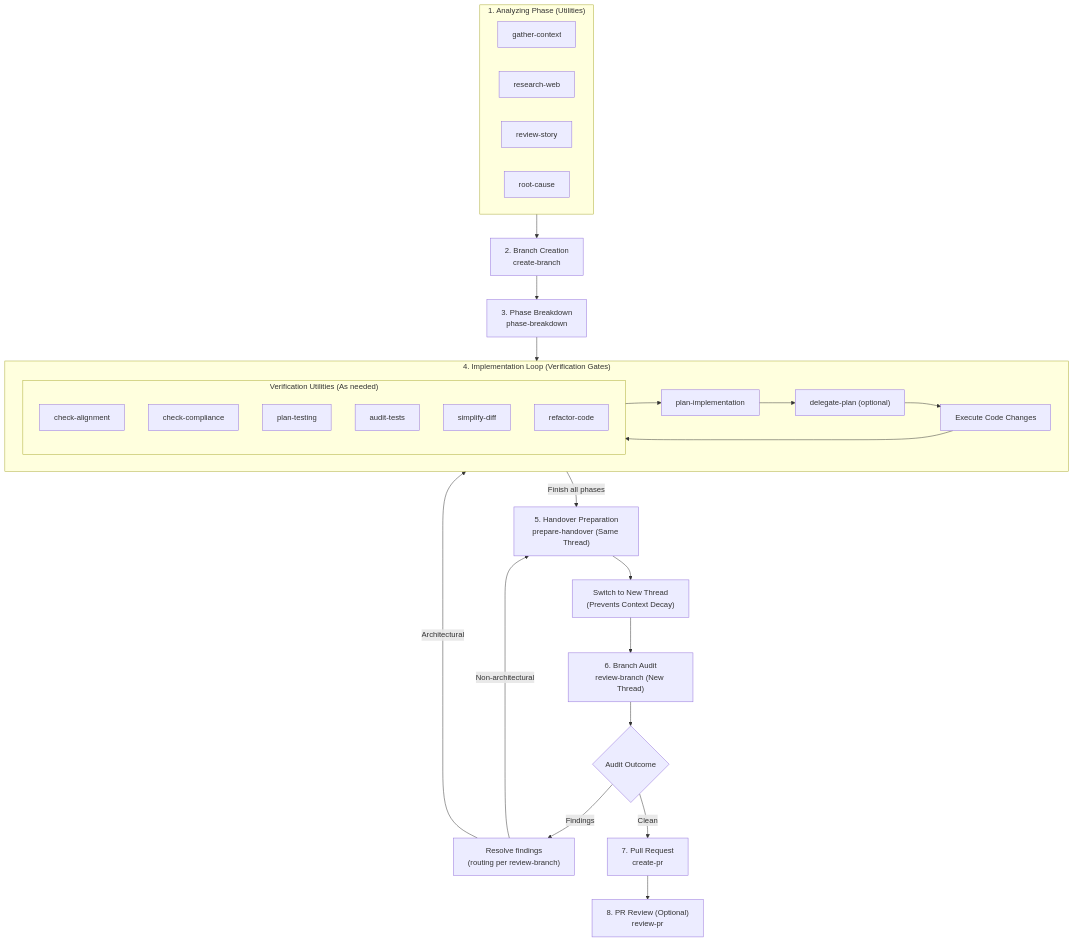
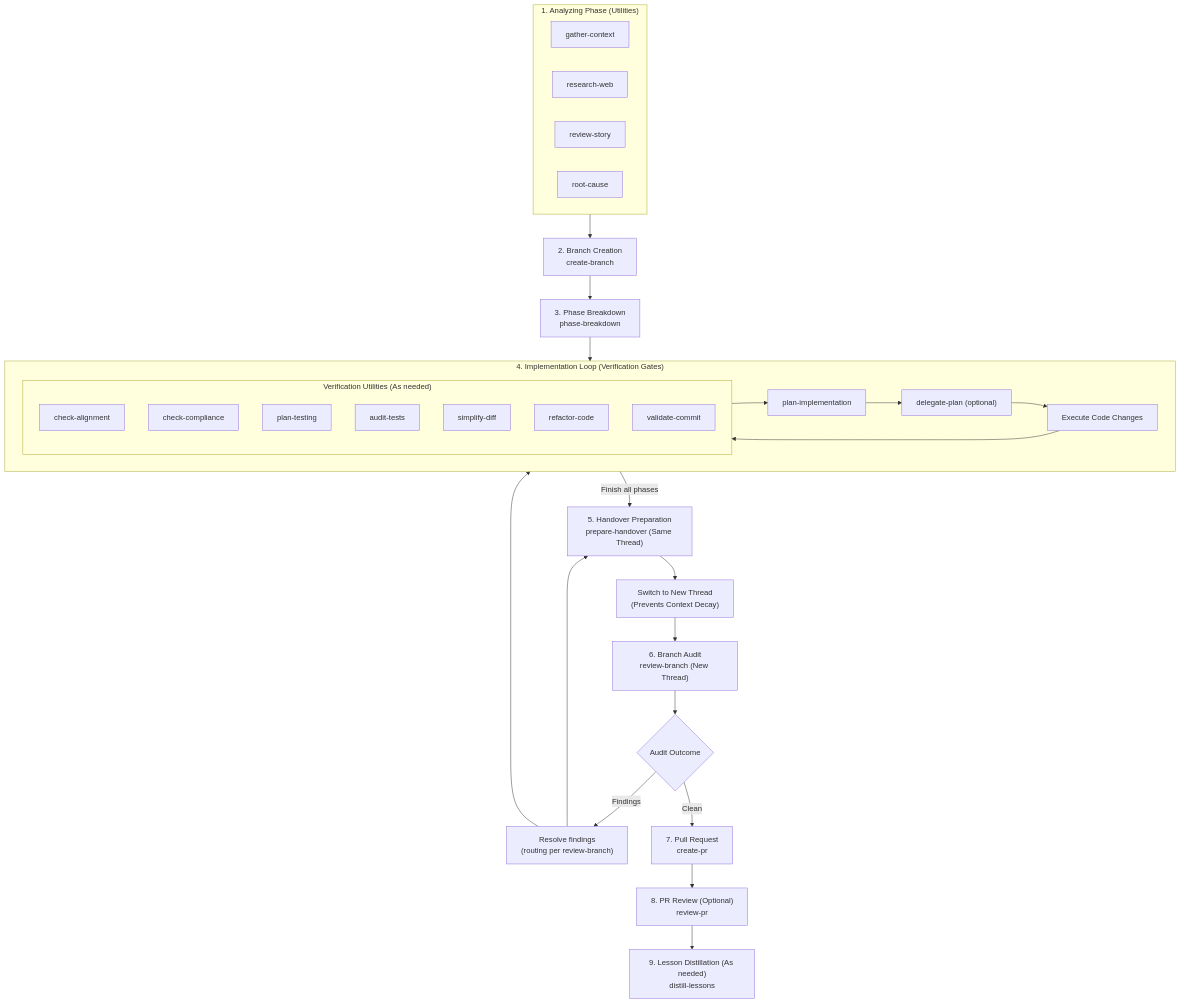
One commit to jrobertogarcia/agent-workflows changed the diagram in LIFECYCLE.md. Above: the diagram before and after it, drawn with Mermaid.

Commit message:
docs(lifecycle): sync the diagram with the stage lists and unlabel the fix edges

````diff
--- a/LIFECYCLE.md
+++ b/LIFECYCLE.md
@@ -13,62 +13,65 @@
 ```mermaid
 graph TD
     %% Analyzing Phase
     subgraph Analyzing ["1. Analyzing Phase (Utilities)"]
         GC["gather-context"]
         RW["research-web"]
         RS["review-story"]
         RC["root-cause"]
     end
 
     %% Branch & Plan Phase
     CB["2. Branch Creation<br>create-branch"]
     PB["3. Phase Breakdown<br>phase-breakdown"]
     
     subgraph Loop ["4. Implementation Loop (Verification Gates)"]
         PI["plan-implementation"]
         DP["delegate-plan (optional)"]
         Code["Execute Code Changes"]
         
         %% Loop Utilities
         subgraph Utilities ["Verification Utilities (As needed)"]
             CA["check-alignment"]
             CC["check-compliance"]
             PT["plan-testing"]
             AT["audit-tests"]
             SD["simplify-diff"]
             RF["refactor-code"]
+            VC["validate-commit"]
         end
         
         PI --> DP
         DP --> Code
         Code --> Utilities
         Utilities --> PI
     end
 
     %% Handover & Review Phase
     PH["5. Handover Preparation<br>prepare-handover (Same Thread)"]
     Switch["Switch to New Thread<br>(Prevents Context Decay)"]
     RB["6. Branch Audit<br>review-branch (New Thread)"]
     
     %% Branch Review Outcome
     Decide{"Audit Outcome"}
     Fix["Resolve findings<br>(routing per review-branch)"]
     
     %% PR Release Phase
     CPR["7. Pull Request<br>create-pr"]
     RPR["8. PR Review (Optional)<br>review-pr"]
+    DL["9. Lesson Distillation (As needed)<br>distill-lessons"]
 
     %% Flow connections
     Analyzing --> CB
     CB --> PB
     PB --> Loop
     Loop -->|Finish all phases| PH
     PH --> Switch
     Switch --> RB
     RB --> Decide
     Decide -->|Findings| Fix
     Decide -->|Clean| CPR
-    Fix -->|Non-architectural| PH
-    Fix -->|Architectural| Loop
+    Fix --> PH
+    Fix --> Loop
     CPR --> RPR
+    RPR --> DL
 ```
````
